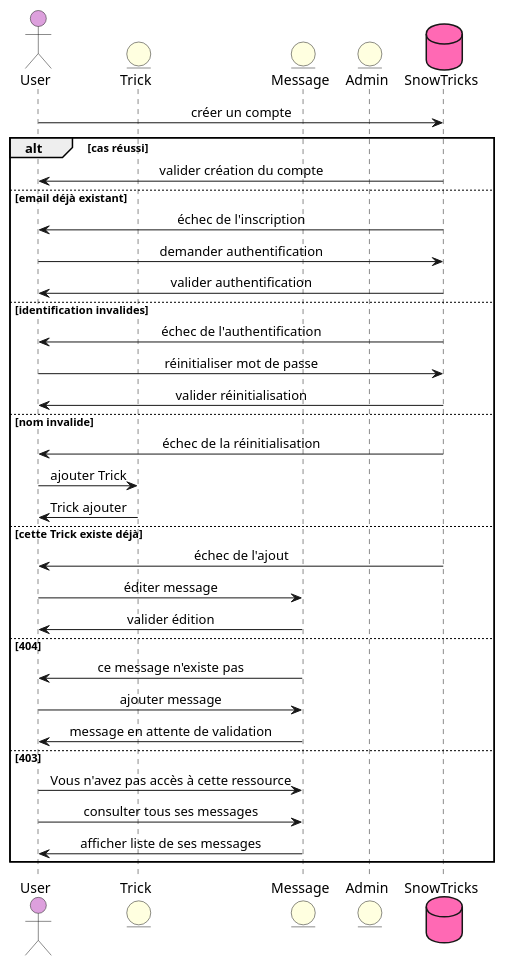
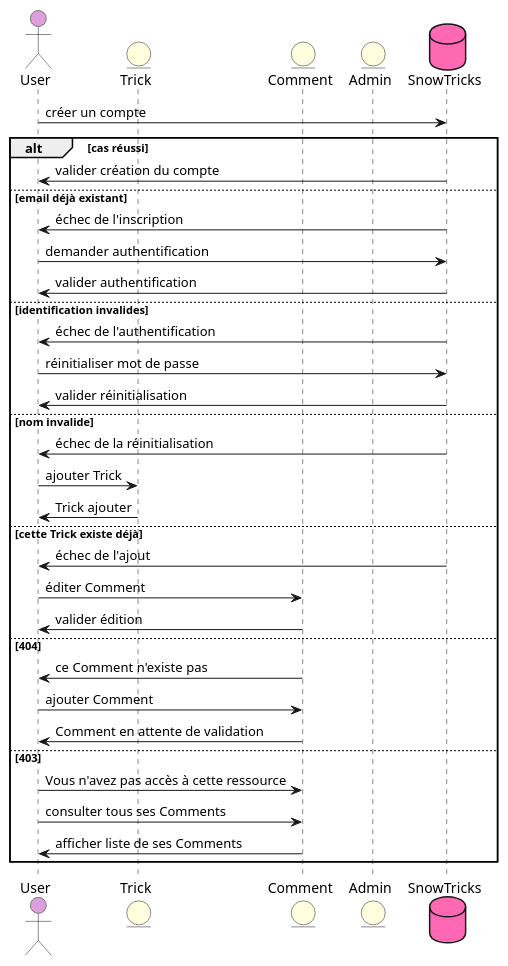
Before and after one commit to laurasullyalexandrine/SnowTricks: the diagram in diagrammes-uml/Sequence/UserSequence.puml, drawn with PlantUML. The commit also changed 8 other files, not shown here.

Commit message:
changing the name of the Message entity to Comment

```diff
--- a/diagrammes-uml/Sequence/UserSequence.puml
+++ b/diagrammes-uml/Sequence/UserSequence.puml
@@ -1,49 +1,49 @@
 @startuml UserSequence
 
-skinparam responseMessageBelowArrow true
-skinparam SequenceMessageAlignment center
+skinparam responseCommentBelowArrow true
+skinparam SequenceCommentAlignment center
 
 actor User as User #Plum
 
 entity Trick as Trick #LightYellow
-entity Message as Message #LightYellow
+entity Comment as Comment #LightYellow
 entity Admin as Admin #LightYellow
 
 database SnowTricks as SnowTricks #HotPink
 
 User -> SnowTricks: créer un compte
 alt cas réussi
 SnowTricks-> User: valider création du compte
 else email déjà existant 
 SnowTricks-> User: échec de l'inscription
 
 User -> SnowTricks: demander authentification 
 SnowTricks-> User: valider authentification 
 else identification invalides
 SnowTricks-> User: échec de l'authentification
 
 User -> SnowTricks: réinitialiser mot de passe 
 SnowTricks-> User: valider réinitialisation 
 else nom invalide
 SnowTricks-> User: échec de la réinitialisation
 
 User -> Trick: ajouter Trick 
 Trick-> User: Trick ajouter 
 else cette Trick existe déjà
 SnowTricks-> User: échec de l'ajout
 
-User  -> Message: éditer message
-Message -> User: valider édition
+User  -> Comment: éditer Comment
+Comment -> User: valider édition
 else 404
-Message -> User: ce message n'existe pas
+Comment -> User: ce Comment n'existe pas
 
-User -> Message: ajouter message
-Message -> User: message en attente de validation
+User -> Comment: ajouter Comment
+Comment -> User: Comment en attente de validation
 else 403
-User -> Message: Vous n'avez pas accès à cette ressource
+User -> Comment: Vous n'avez pas accès à cette ressource
 
-User -> Message: consulter tous ses messages
-Message -> User: afficher liste de ses messages
+User -> Comment: consulter tous ses Comments
+Comment -> User: afficher liste de ses Comments
 
 end
 @enduml
```
